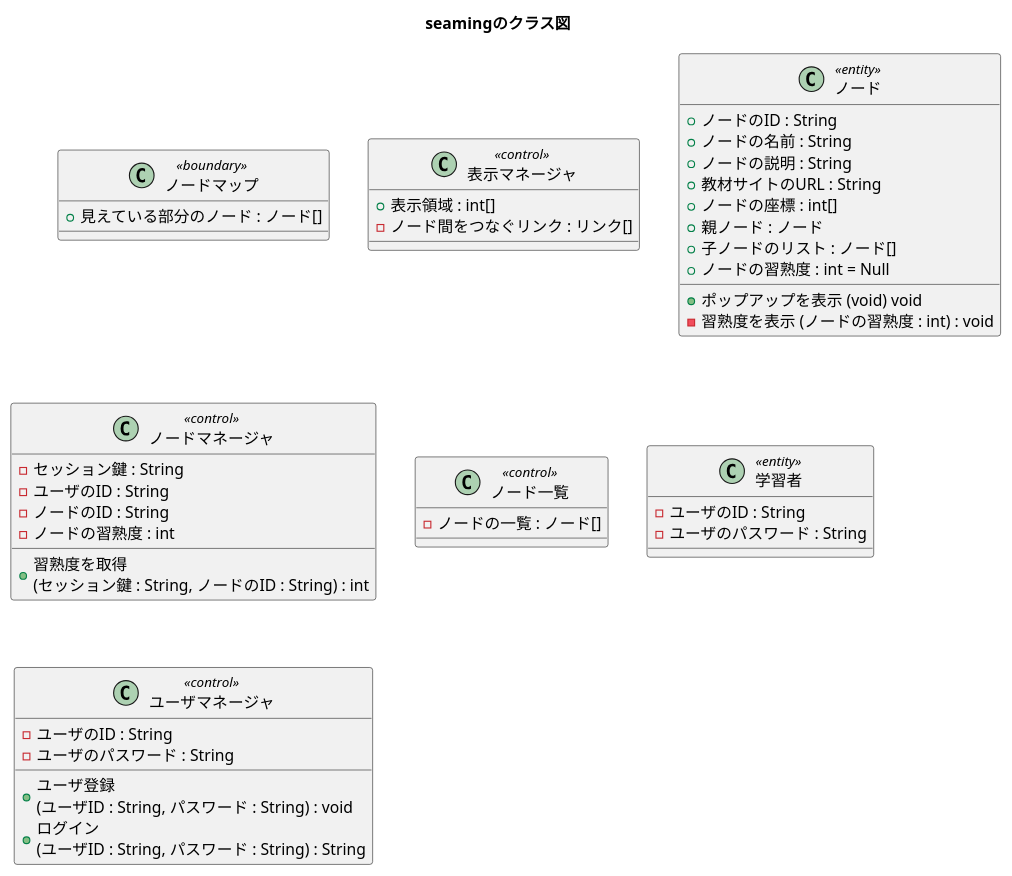
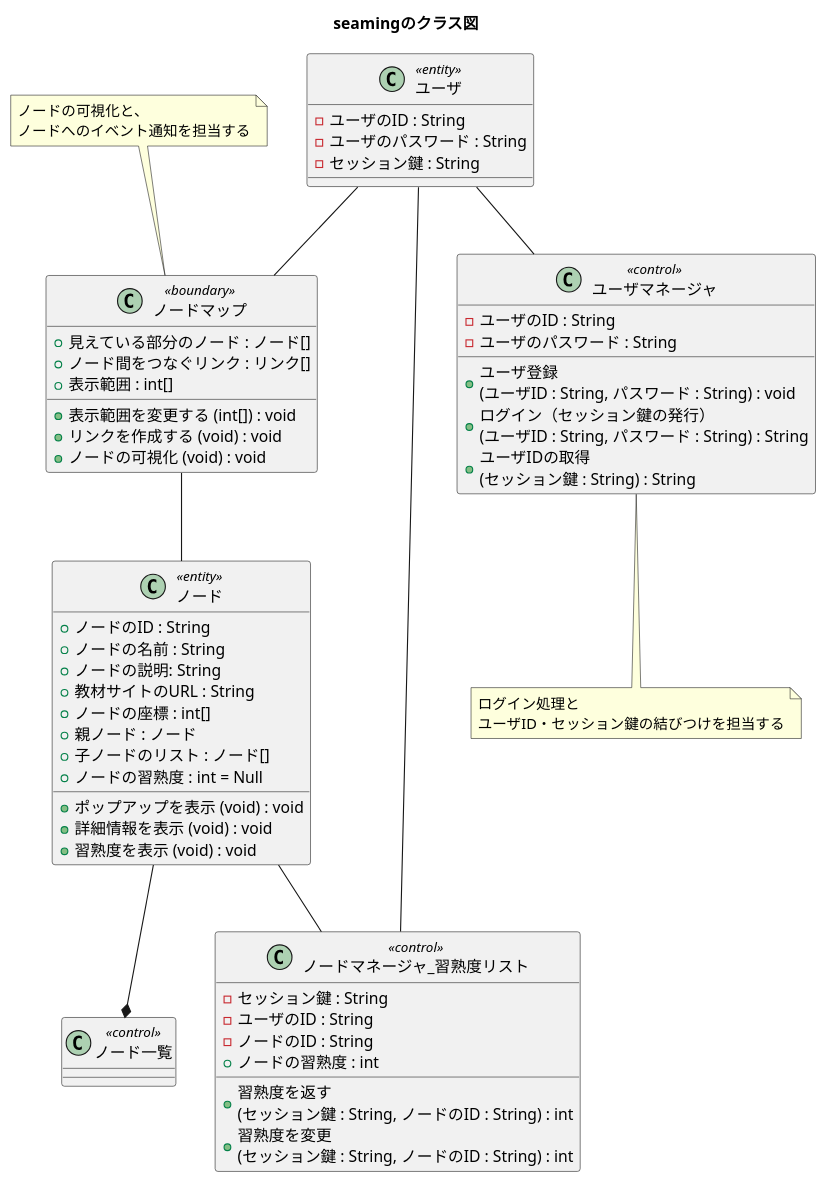
The diagram in docs/UML/class.pu (PastaSoba/seaming), drawn with PlantUML before and after one commit.

Commit message:
ノードマネージャ（仮称）を加えないバージョン

```diff
--- a/docs/UML/class.pu
+++ b/docs/UML/class.pu
@@ -1,51 +1,71 @@
 @startuml
 title seamingのクラス図
 
 class ノードマップ << boundary >> {
     + 見えている部分のノード : ノード[]
-}
-
-class 表示マネージャ << control >> {
-    + 表示領域 : int[]
-    - ノード間をつなぐリンク : リンク[]
+    + ノード間をつなぐリンク : リンク[]
+    + 表示範囲 : int[]
+    + 表示範囲を変更する (int[]) : void
+    + リンクを作成する (void) : void
+    + ノードの可視化 (void) : void
 }
 
 class ノード << entity >> {
     + ノードのID : String
     + ノードの名前 : String
-    + ノードの説明 : String
+    + ノードの説明: String
     + 教材サイトのURL : String
     + ノードの座標 : int[]
     + 親ノード : ノード
     + 子ノードのリスト : ノード[]
     + ノードの習熟度 : int = Null
 
-    + ポップアップを表示 (void) void
-    - 習熟度を表示 (ノードの習熟度 : int) : void
+    + ポップアップを表示 (void) : void
+    + 詳細情報を表示 (void) : void
+    + 習熟度を表示 (void) : void
 }
 
-class ノードマネージャ << control >> {
+class ノードマネージャ_習熟度リスト << control >> {
     - セッション鍵 : String
     - ユーザのID : String
     - ノードのID : String
-    - ノードの習熟度 : int 
+    + ノードの習熟度 : int 
 
-    + 習熟度を取得\n(セッション鍵 : String, ノードのID : String) : int
+    + 習熟度を返す\n(セッション鍵 : String, ノードのID : String) : int
+    + 習熟度を変更\n(セッション鍵 : String, ノードのID : String) : int
 }
 
 class ノード一覧 << control >> {
-    - ノードの一覧 : ノード[]
 }
 
-class 学習者 << entity >> {
+
+class ユーザ << entity >> {
     - ユーザのID : String
     - ユーザのパスワード : String
+    - セッション鍵 : String
 }
 
 class ユーザマネージャ << control >> {
     - ユーザのID : String
     - ユーザのパスワード : String
     + ユーザ登録\n(ユーザID : String, パスワード : String) : void
-    + ログイン\n(ユーザID : String, パスワード : String) : String
+    + ログイン（セッション鍵の発行）\n(ユーザID : String, パスワード : String) : String
+    + ユーザIDの取得\n(セッション鍵 : String) : String
 }
+
+Note bottom of ユーザマネージャ : ログイン処理と\nユーザID・セッション鍵の結びつけを担当する
+
+Note top of ノードマップ : ノードの可視化と、\nノードへのイベント通知を担当する
+
+
+' ドラッグの部分
+ユーザ -- ノードマップ
+ノードマップ -- ノード
+
+
+ノード --* ノード一覧
+
+ユーザ -- ユーザマネージャ
+ノード -- ノードマネージャ_習熟度リスト
+ユーザ -- ノードマネージャ_習熟度リスト
 @enduml
```
